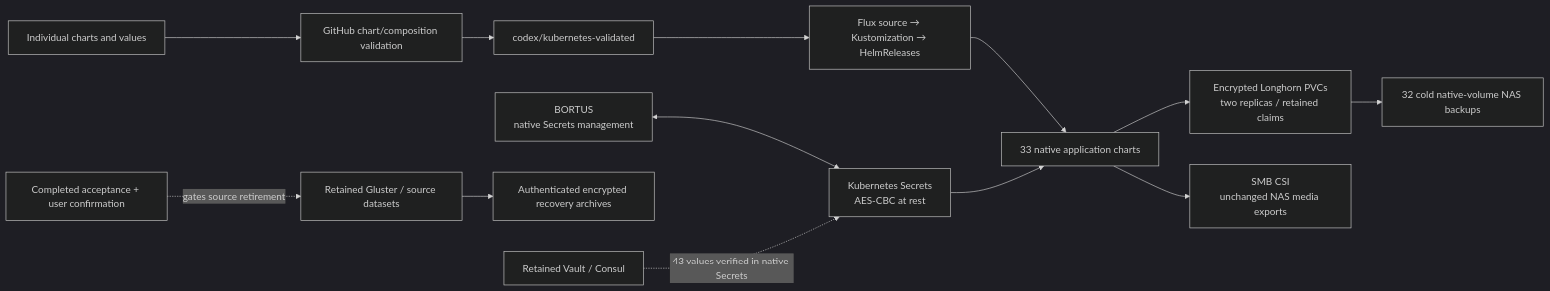
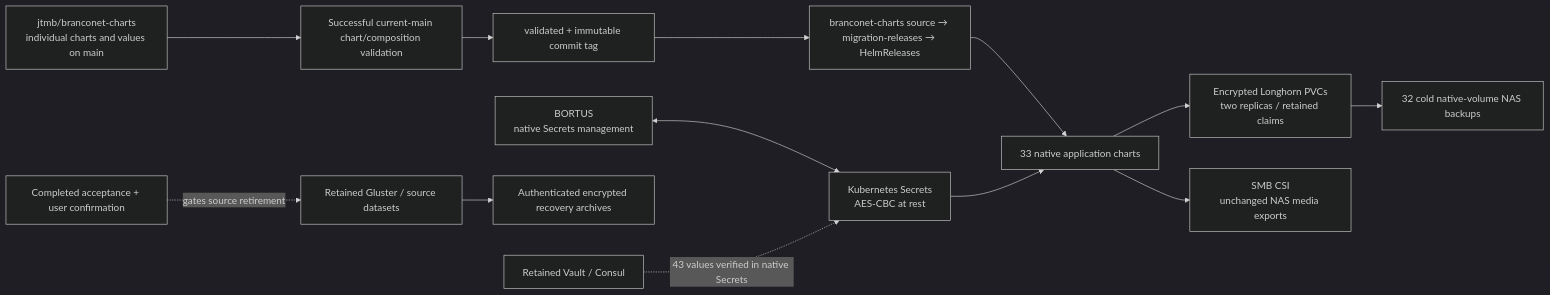
The fourth of 4 diagrams in PLAN.md (jtmb/branconet-homelab), drawn with Mermaid (dark theme) before and after one commit. The commit also changed 4 other files, not shown here.

Commit message:
Record clean chart qualification and current Flux ownership

````diff
--- a/PLAN.md
+++ b/PLAN.md
@@ -235,14 +235,14 @@
 ```mermaid
 flowchart LR
-    Repo["Individual charts and values"] --> CI["GitHub chart/composition validation"]
-    CI --> Branch["codex/kubernetes-validated"] --> Flux["Flux source → Kustomization → HelmReleases"]
+    Repo["jtmb/branconet-charts<br/>individual charts and values on main"] --> CI["Successful current-main chart/composition validation"]
+    CI --> Branch["validated + immutable commit tag"] --> Flux["branconet-charts source → migration-releases → HelmReleases"]
     Flux --> Apps["33 native application charts"]
     Native["Kubernetes Secrets<br/>AES-CBC at rest"] --> Apps
     Bortus["BORTUS<br/>native Secrets management"] <--> Native
     Apps --> State["Encrypted Longhorn PVCs<br/>two replicas / retained claims"]
     Apps --> Media["SMB CSI<br/>unchanged NAS media exports"]
     State --> NAS["32 cold native-volume NAS backups"]
     Old["Retained Gluster / source datasets"] --> Archive["Authenticated encrypted recovery archives"]
     Vault["Retained Vault / Consul"] -. "43 values verified in native Secrets" .-> Native
     Approval["Completed acceptance + user confirmation"] -. "gates source retirement" .-> Old
 ```
````
